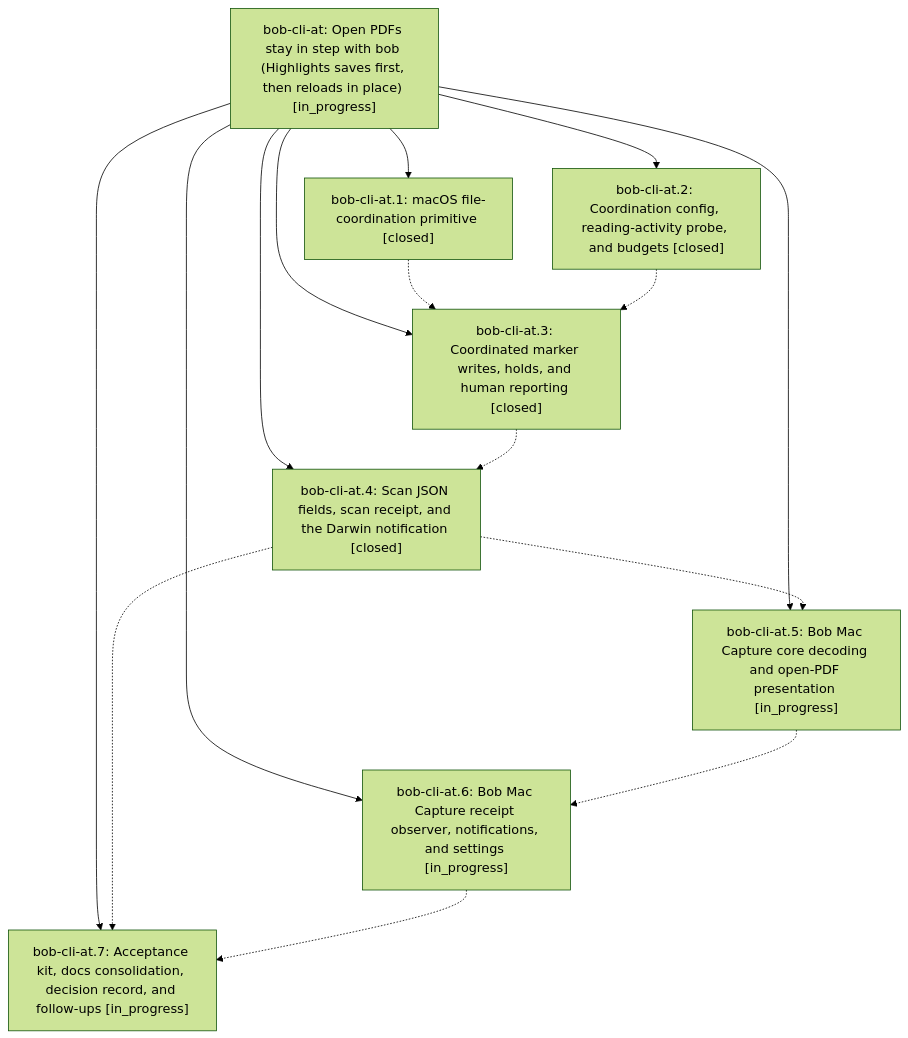
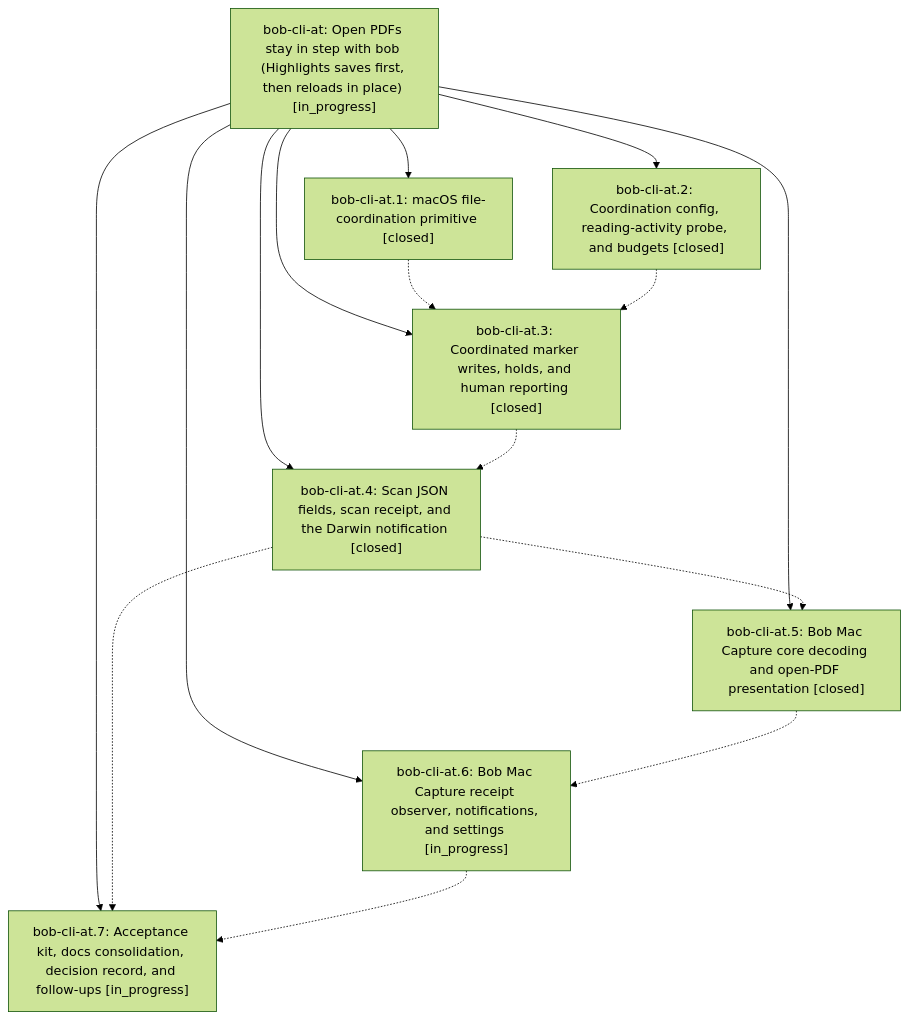
One commit to bobs-org/bob-cli--beads changed the diagram in pages/bob-cli-at/README.md. Above: the diagram before and after it, drawn with Mermaid (forest theme). The commit also changed other lines of this file and 3 other files, not shown here.

First line of the commit message:
chore(beads): sync bead state and pages for bob-cli-at

````diff
--- a/pages/bob-cli-at/README.md
+++ b/pages/bob-cli-at/README.md
@@ -42,25 +42,25 @@
 ```mermaid
 flowchart TD
     n0["bob-cli-at: Open PDFs stay in step with bob (Highlights saves first, then reloads in place) [in_progress]"]
     n1["bob-cli-at.1: macOS file-coordination primitive [closed]"]
     n2["bob-cli-at.2: Coordination config, reading-activity probe, and budgets [closed]"]
     n3["bob-cli-at.3: Coordinated marker writes, holds, and human reporting [closed]"]
     n4["bob-cli-at.4: Scan JSON fields, scan receipt, and the Darwin notification [closed]"]
-    n5["bob-cli-at.5: Bob Mac Capture core decoding and open-PDF presentation [in_progress]"]
+    n5["bob-cli-at.5: Bob Mac Capture core decoding and open-PDF presentation [closed]"]
     n6["bob-cli-at.6: Bob Mac Capture receipt observer, notifications, and settings [in_progress]"]
     n7["bob-cli-at.7: Acceptance kit, docs consolidation, decision record, and follow-ups [in_progress]"]
     n0 --> n1
     n0 --> n2
     n0 --> n3
     n0 --> n4
     n0 --> n5
     n0 --> n6
     n0 --> n7
     n1 -.-> n3
     n2 -.-> n3
     n3 -.-> n4
     n4 -.-> n5
     n4 -.-> n7
     n5 -.-> n6
     n6 -.-> n7
 ```
````
